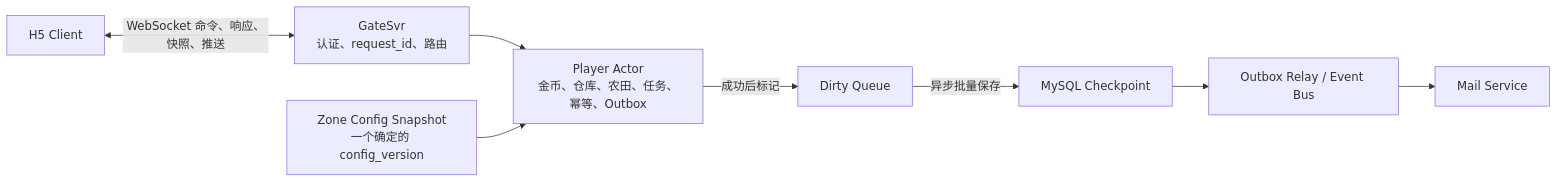
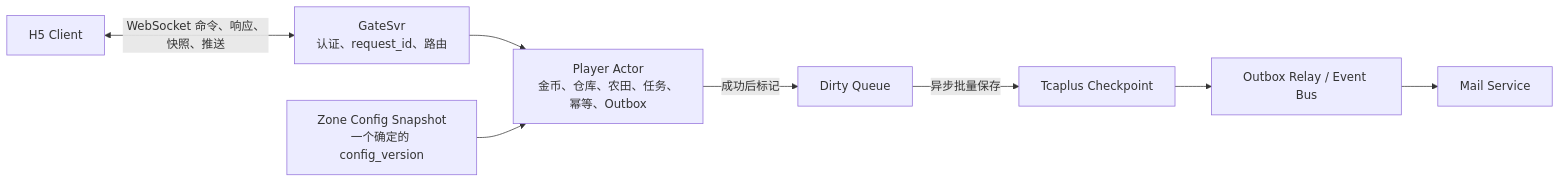
Before and after one commit to Wriosley/supernova-classic-farm: the first of 4 diagrams in docs/architecture/single-player-vertical-loop-business-architecture.md, drawn with Mermaid. The commit also changed other lines of this file and 327 other files, not shown here.

````diff
--- a/docs/architecture/single-player-vertical-loop-business-architecture.md
+++ b/docs/architecture/single-player-vertical-loop-business-architecture.md
@@ -37,19 +37,19 @@
 ```mermaid
 flowchart LR
     C["H5 Client"]
     G["GateSvr<br/>认证、request_id、路由"]
     A["Player Actor<br/>金币、仓库、农田、任务、幂等、Outbox"]
     CFG["Zone Config Snapshot<br/>一个确定的 config_version"]
     D["Dirty Queue"]
-    DB["MySQL Checkpoint"]
+    DB["Tcaplus Checkpoint"]
     E["Outbox Relay / Event Bus"]
     M["Mail Service"]
 
     C <-->|"WebSocket 命令、响应、快照、推送"| G
     G --> A
     CFG --> A
     A -->|"成功后标记"| D
     D -->|"异步批量保存"| DB
     DB --> E
     E --> M
 ```
````
